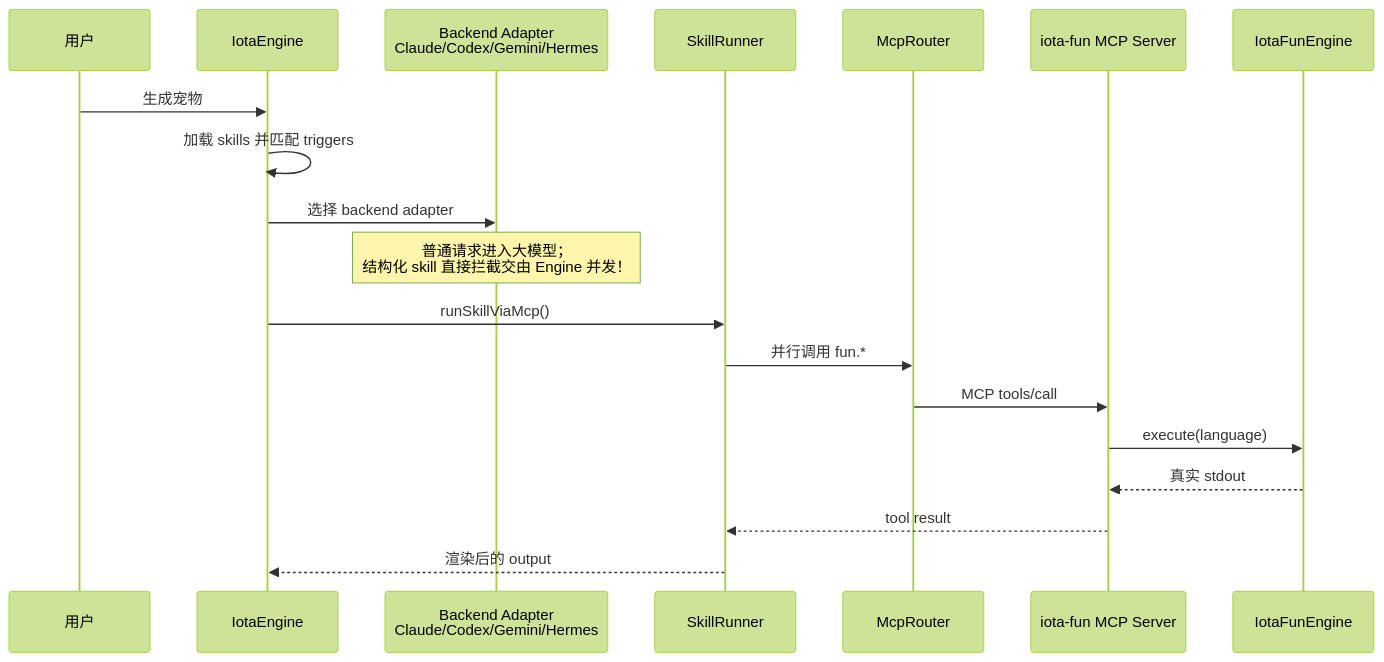
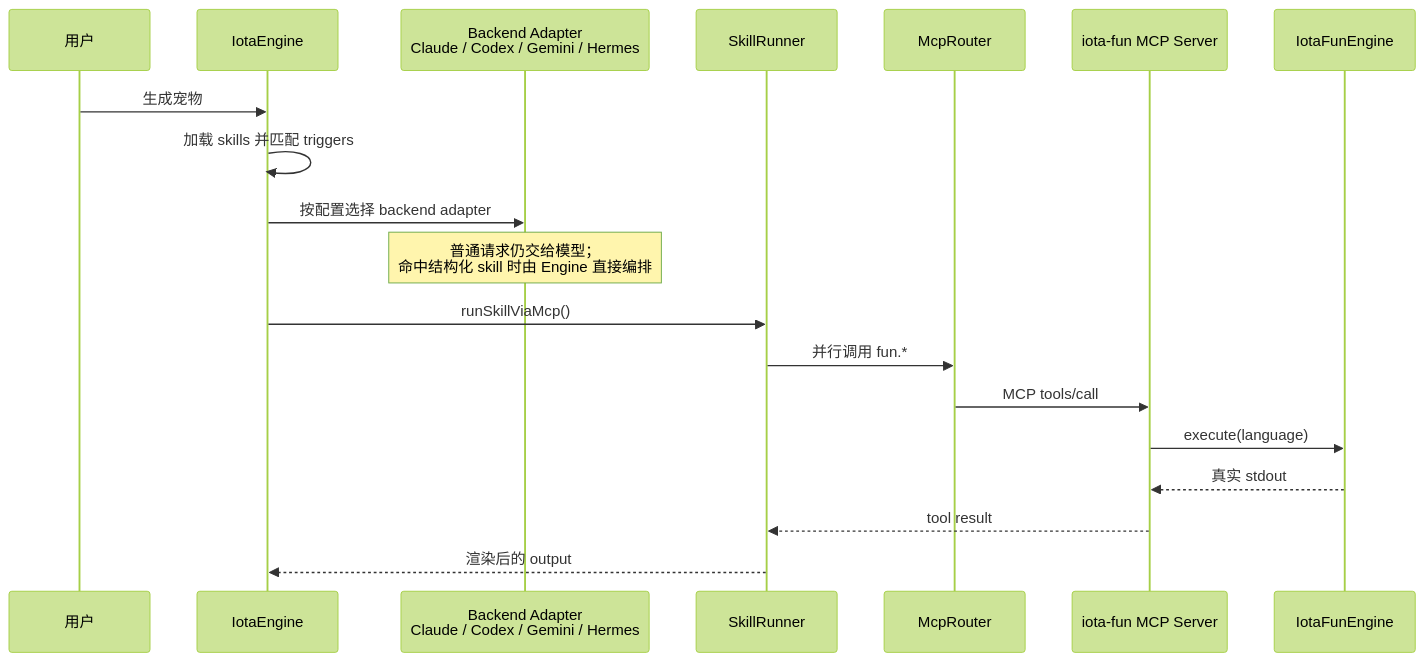
One commit to feuyeux/iota changed the diagram in docs/guides/11-iota-skill-tech-share.md. Above: the diagram before and after it, drawn with Mermaid (forest theme). The commit also changed other lines of this file, not shown here.

````diff
--- a/docs/guides/11-iota-skill-tech-share.md
+++ b/docs/guides/11-iota-skill-tech-share.md
@@ -97,22 +88,22 @@
 ```mermaid
 sequenceDiagram
   participant U as 用户
   participant E as IotaEngine
-  participant B as Backend Adapter<br/>Claude/Codex/Gemini/Hermes
+  participant B as Backend Adapter<br/>Claude / Codex / Gemini / Hermes
   participant S as SkillRunner
   participant R as McpRouter
   participant M as iota-fun MCP Server
   participant F as IotaFunEngine
 
   U->>E: 生成宠物
   E->>E: 加载 skills 并匹配 triggers
-  E->>B: 选择 backend adapter
-  Note over B: 普通请求进入大模型；<br/>结构化 skill 直接拦截交由 Engine 并发！
+  E->>B: 按配置选择 backend adapter
+  Note over B: 普通请求仍交给模型；<br/>命中结构化 skill 时由 Engine 直接编排
   E->>S: runSkillViaMcp()
   S->>R: 并行调用 fun.*
   R->>M: MCP tools/call
   M->>F: execute(language)
   F-->>M: 真实 stdout
   M-->>S: tool result
   S-->>E: 渲染后的 output
 ```
````
